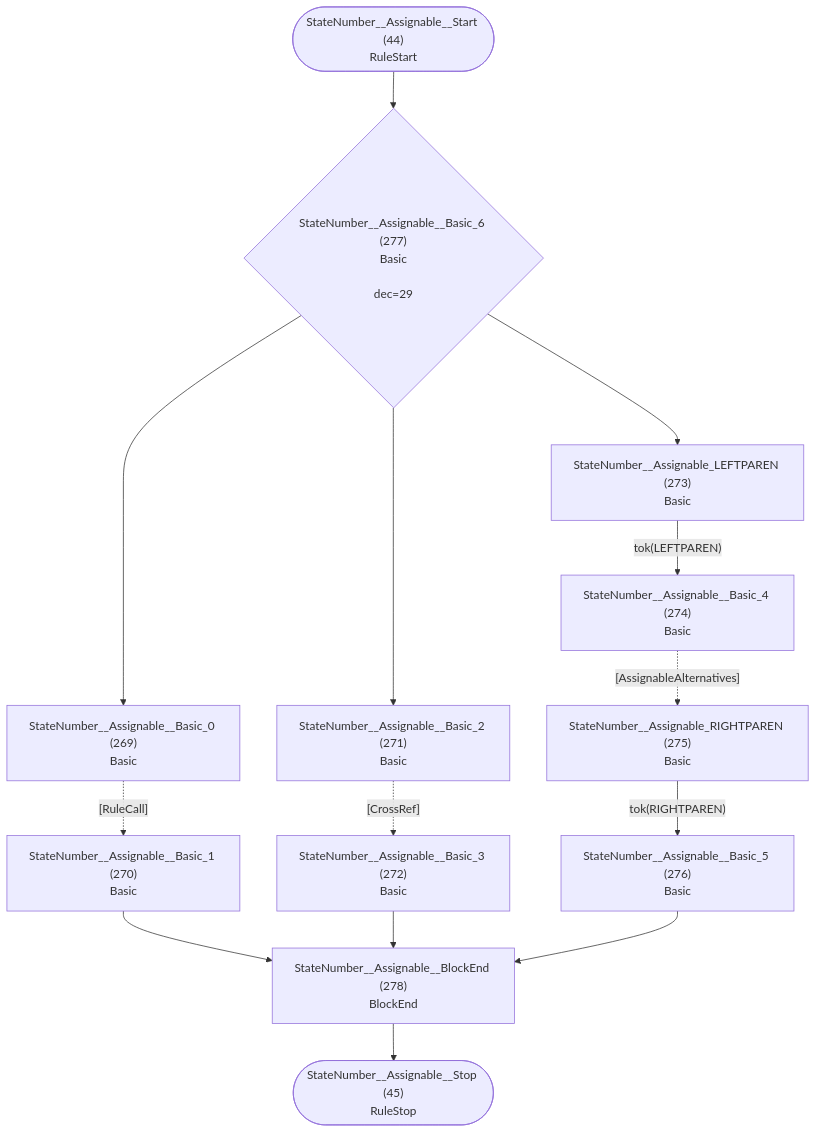
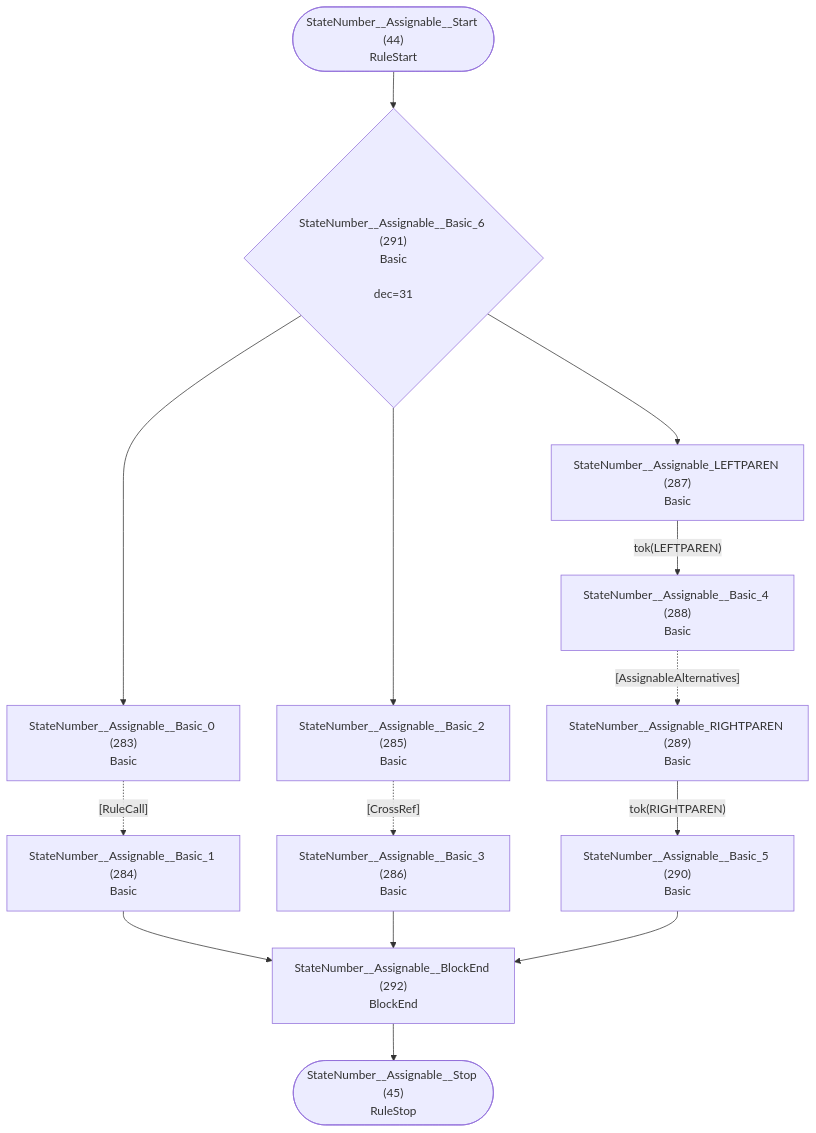
Diagram 23 of 32 in internal/grammar/atn.md (TypeFox/fastbelt), drawn with Mermaid before and after one commit. The commit also changed other lines of this file and 21 other files, not shown here.

````diff
--- a/internal/grammar/atn.md
+++ b/internal/grammar/atn.md
@@ -677,29 +709,29 @@
 ```mermaid
 flowchart TD
     q44(["StateNumber__Assignable__Start (44)<br/>RuleStart"])
     q45(["StateNumber__Assignable__Stop (45)<br/>RuleStop"])
-    q269["StateNumber__Assignable__Basic_0 (269)<br/>Basic<br/>"]
-    q270["StateNumber__Assignable__Basic_1 (270)<br/>Basic<br/>"]
-    q271["StateNumber__Assignable__Basic_2 (271)<br/>Basic<br/>"]
-    q272["StateNumber__Assignable__Basic_3 (272)<br/>Basic<br/>"]
-    q273["StateNumber__Assignable_LEFTPAREN (273)<br/>Basic<br/>"]
-    q274["StateNumber__Assignable__Basic_4 (274)<br/>Basic<br/>"]
-    q275["StateNumber__Assignable_RIGHTPAREN (275)<br/>Basic<br/>"]
-    q276["StateNumber__Assignable__Basic_5 (276)<br/>Basic<br/>"]
-    q277{"StateNumber__Assignable__Basic_6 (277)<br/>Basic<br/><br/>dec=29"}
-    q278["StateNumber__Assignable__BlockEnd (278)<br/>BlockEnd<br/>"]
+    q283["StateNumber__Assignable__Basic_0 (283)<br/>Basic<br/>"]
+    q284["StateNumber__Assignable__Basic_1 (284)<br/>Basic<br/>"]
+    q285["StateNumber__Assignable__Basic_2 (285)<br/>Basic<br/>"]
+    q286["StateNumber__Assignable__Basic_3 (286)<br/>Basic<br/>"]
+    q287["StateNumber__Assignable_LEFTPAREN (287)<br/>Basic<br/>"]
+    q288["StateNumber__Assignable__Basic_4 (288)<br/>Basic<br/>"]
+    q289["StateNumber__Assignable_RIGHTPAREN (289)<br/>Basic<br/>"]
+    q290["StateNumber__Assignable__Basic_5 (290)<br/>Basic<br/>"]
+    q291{"StateNumber__Assignable__Basic_6 (291)<br/>Basic<br/><br/>dec=31"}
+    q292["StateNumber__Assignable__BlockEnd (292)<br/>BlockEnd<br/>"]
 
-    q44 --> q277
-    q269 -.->|"[RuleCall]"| q270
-    q270 --> q278
-    q271 -.->|"[CrossRef]"| q272
-    q272 --> q278
-    q273 -->|"tok(LEFTPAREN)"| q274
-    q274 -.->|"[AssignableAlternatives]"| q275
-    q275 -->|"tok(RIGHTPAREN)"| q276
-    q276 --> q278
-    q277 --> q269
-    q277 --> q271
-    q277 --> q273
-    q278 --> q45
+    q44 --> q291
+    q283 -.->|"[RuleCall]"| q284
+    q284 --> q292
+    q285 -.->|"[CrossRef]"| q286
+    q286 --> q292
+    q287 -->|"tok(LEFTPAREN)"| q288
+    q288 -.->|"[AssignableAlternatives]"| q289
+    q289 -->|"tok(RIGHTPAREN)"| q290
+    q290 --> q292
+    q291 --> q283
+    q291 --> q285
+    q291 --> q287
+    q292 --> q45
 ```
````
